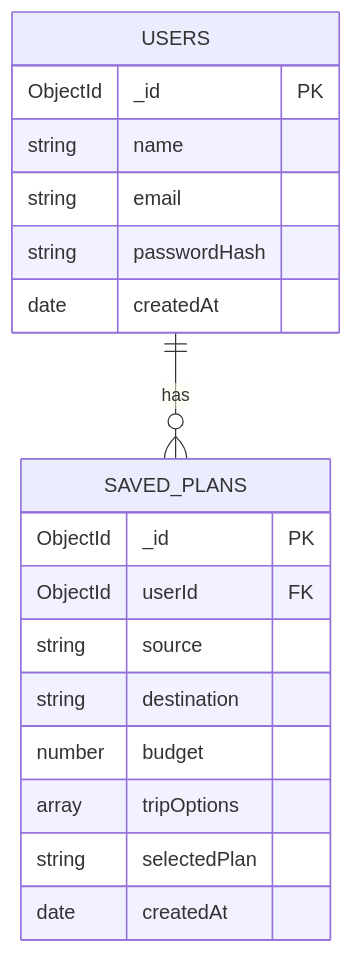
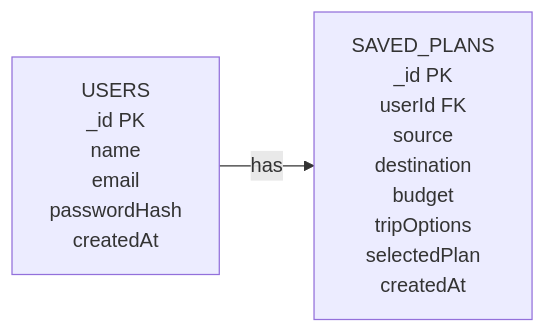
The diagram in README.md (samar-abbas-786/Thoughtify), drawn with Mermaid before and after one commit.

````diff
--- a/README.md
+++ b/README.md
@@ -1,23 +1,18 @@
 ```mermaid
-%%{init: {"themeVariables": {"er": {"layout": "horizontal"}}}}%%
-erDiagram
-USERS {
-    ObjectId _id PK
-    string name
-    string email
-    string passwordHash
-    date createdAt
-}
-SAVED_PLANS {
-    ObjectId _id PK
-    ObjectId userId FK
-    string source
-    string destination
-    number budget
-    array tripOptions
-    string selectedPlan
-    date createdAt
-}
-USERS ||--o{ SAVED_PLANS : "has"
+flowchart LR
+    USERS["USERS
+    _id PK
+    name
+    email
+    passwordHash
+    createdAt"] -->|has| SAVED_PLANS["SAVED_PLANS
+    _id PK
+    userId FK
+    source
+    destination
+    budget
+    tripOptions
+    selectedPlan
+    createdAt"]
 
 ```
````
